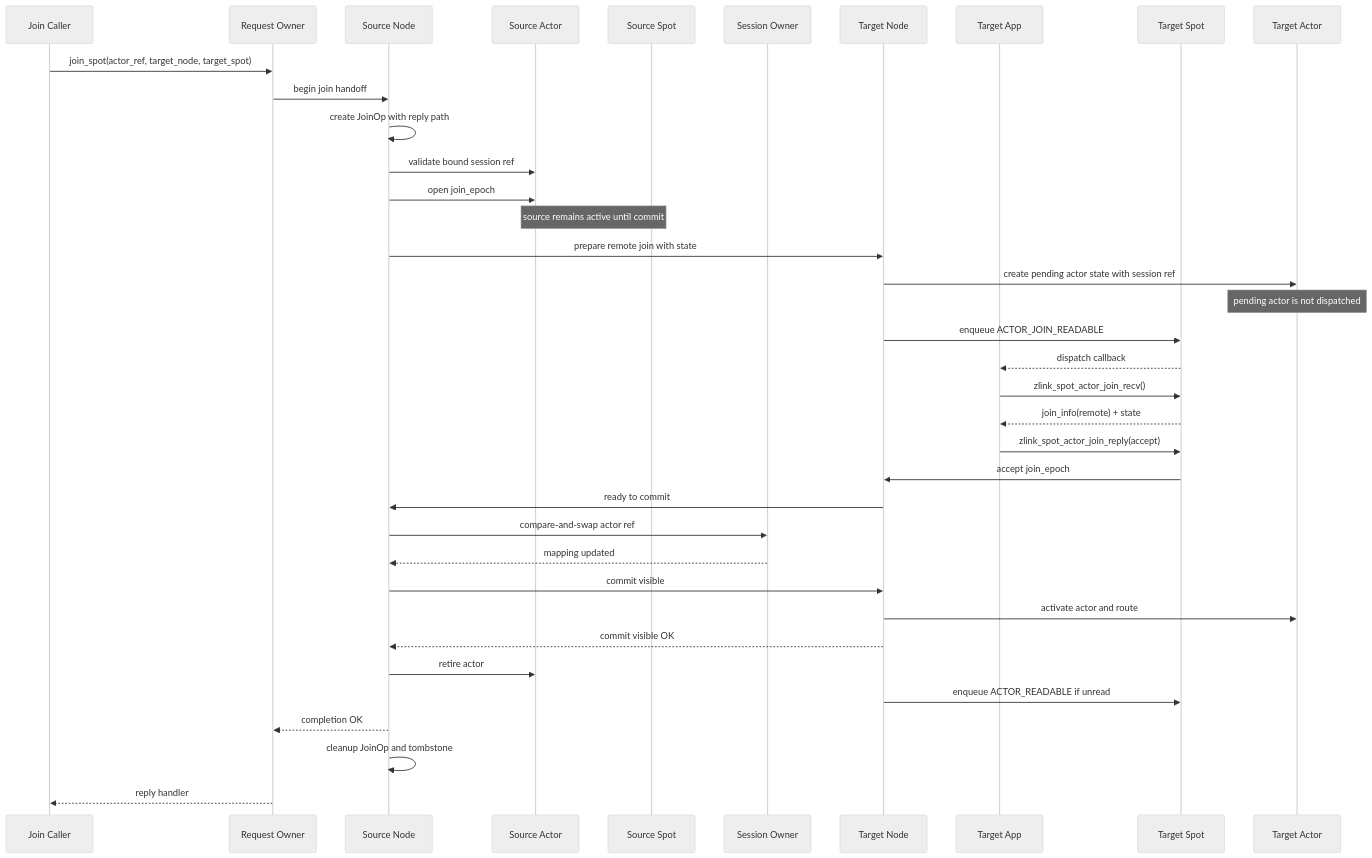
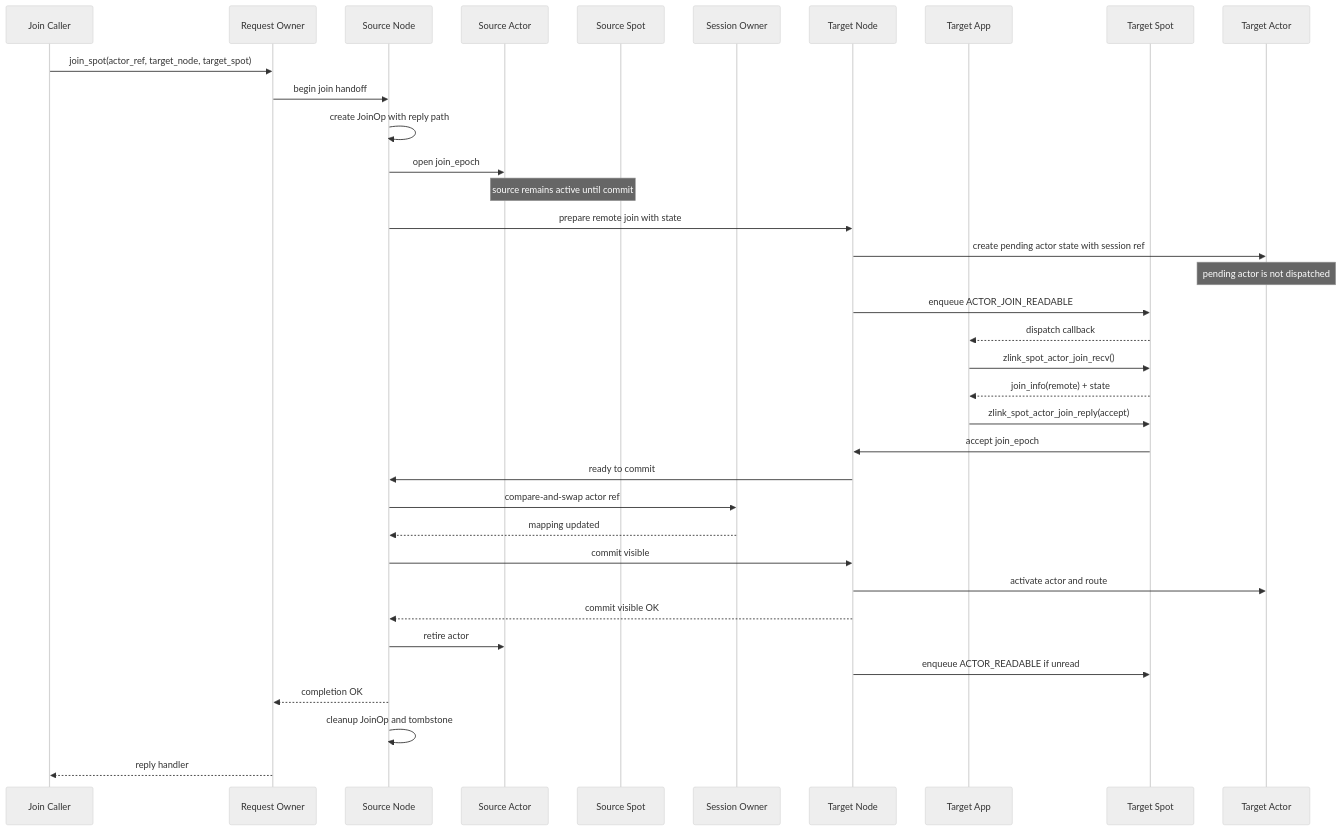
One commit to kairos-code-dev/zlink changed diagram 12 of 12 in doc/site/docs/internals/spot-internals.ko.md. Above: the diagram before and after it, drawn with Mermaid (neutral theme). The commit also changed other lines of this file and 393 other files, not shown here.

````diff
--- a/doc/site/docs/internals/spot-internals.ko.md
+++ b/doc/site/docs/internals/spot-internals.ko.md
@@ -914,40 +1062,39 @@
 ```mermaid
 sequenceDiagram
   participant Caller as Join Caller
   participant CallerNode as Request Owner
   participant SourceNode as Source Node
   participant SourceActor as Source Actor
   participant SourceSpot as Source Spot
   participant SessionNode as Session Owner
   participant TargetNode as Target Node
   participant TargetApp as Target App
   participant TargetSpot as Target Spot
   participant TargetActor as Target Actor
 
   Caller->>CallerNode: join_spot(actor_ref, target_node, target_spot)
   CallerNode->>SourceNode: begin join handoff
   SourceNode->>SourceNode: create JoinOp with reply path
-  SourceNode->>SourceActor: validate bound session ref
   SourceNode->>SourceActor: open join_epoch
   Note over SourceActor,SourceSpot: source remains active until commit
   SourceNode->>TargetNode: prepare remote join with state
   TargetNode->>TargetActor: create pending actor state with session ref
   Note over TargetActor: pending actor is not dispatched
   TargetNode->>TargetSpot: enqueue ACTOR_JOIN_READABLE
   TargetSpot-->>TargetApp: dispatch callback
   TargetApp->>TargetSpot: zlink_spot_actor_join_recv()
   TargetSpot-->>TargetApp: join_info(remote) + state
   TargetApp->>TargetSpot: zlink_spot_actor_join_reply(accept)
   TargetSpot->>TargetNode: accept join_epoch
   TargetNode->>SourceNode: ready to commit
   SourceNode->>SessionNode: compare-and-swap actor ref
   SessionNode-->>SourceNode: mapping updated
   SourceNode->>TargetNode: commit visible
   TargetNode->>TargetActor: activate actor and route
   TargetNode-->>SourceNode: commit visible OK
   SourceNode->>SourceActor: retire actor
   TargetNode->>TargetSpot: enqueue ACTOR_READABLE if unread
   SourceNode-->>CallerNode: completion OK
   SourceNode->>SourceNode: cleanup JoinOp and tombstone
   CallerNode-->>Caller: reply handler
 ```
````
